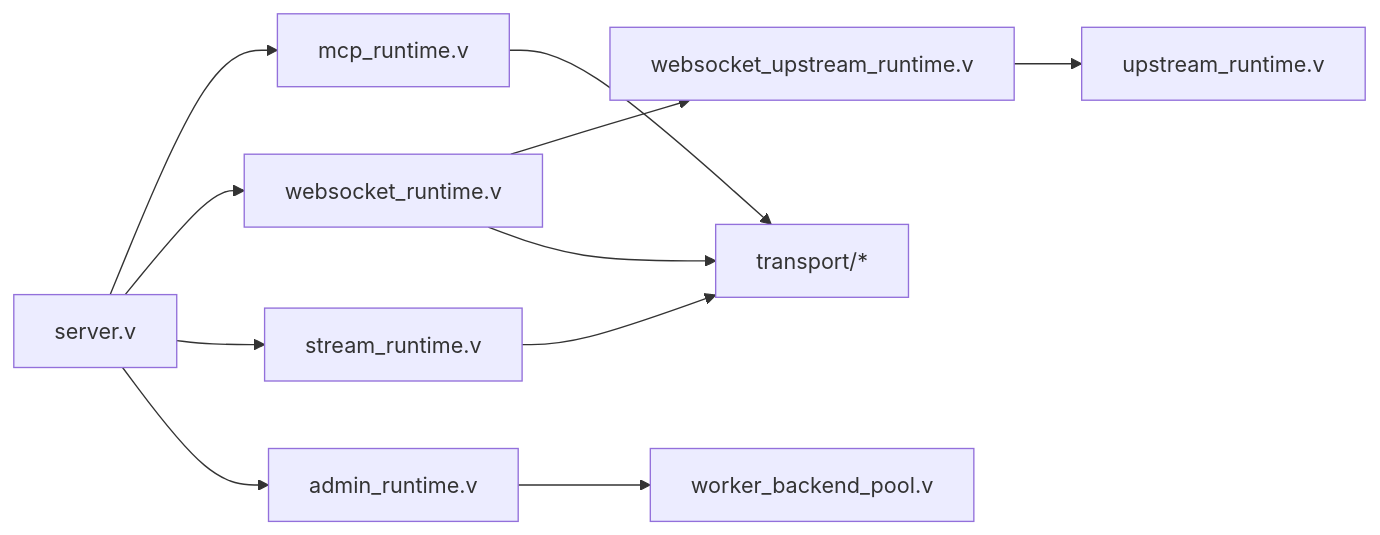
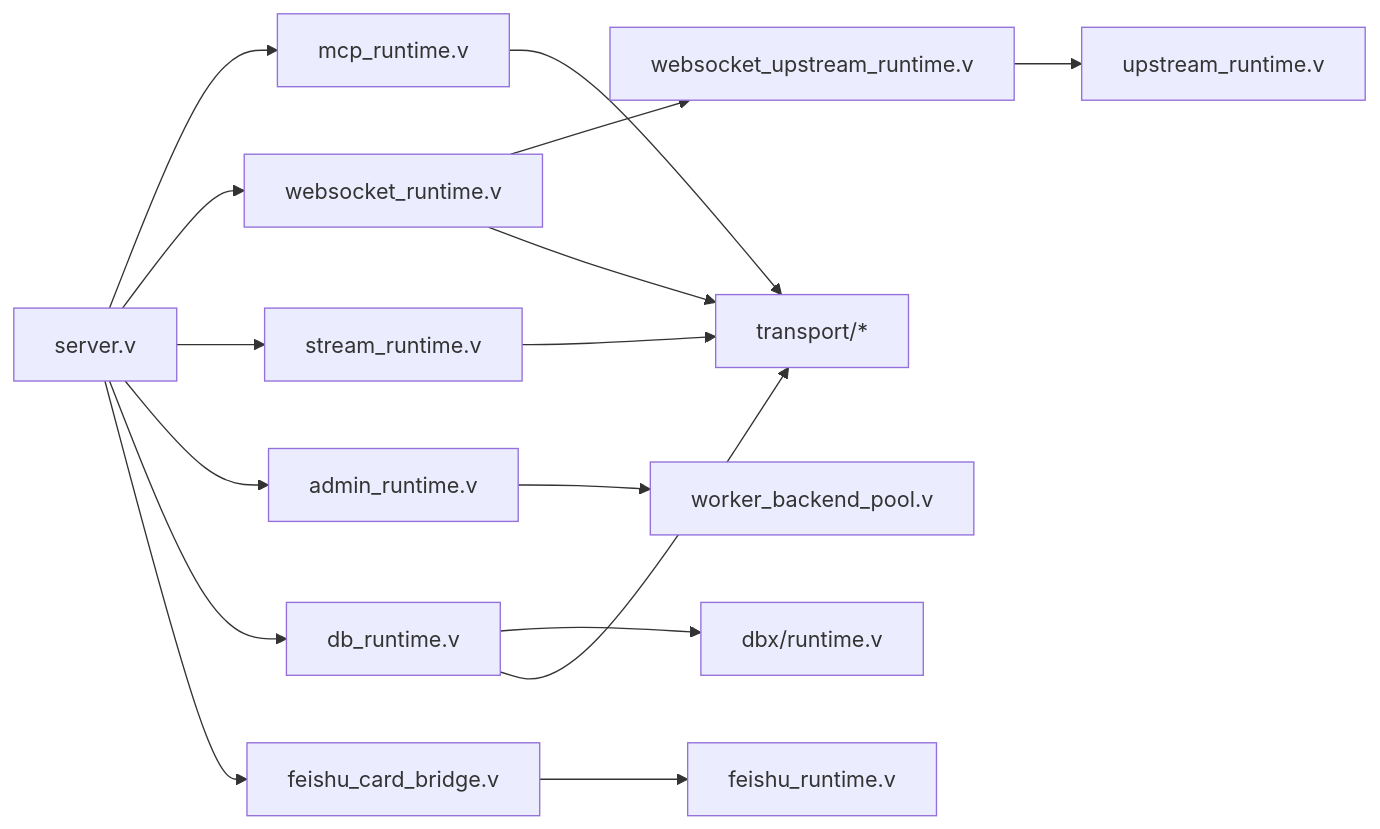
Before and after one commit to guweigang/vhttpd: the tenth of 10 diagrams in .qoder/repowiki/zh/content/运行时组件/运行时组件.md, drawn with Mermaid. The commit also changed other lines of this file and 54 other files, not shown here.

First line of the commit message:
refactor(feishu): extract API and bridge logic into separate modules

````diff
--- a/.qoder/repowiki/zh/content/运行时组件/运行时组件.md
+++ b/.qoder/repowiki/zh/content/运行时组件/运行时组件.md
@@ -432,13 +540,18 @@
 ```mermaid
 graph LR
 Server["server.v"] --> MCP["mcp_runtime.v"]
 Server --> WS["websocket_runtime.v"]
 Server --> STR["stream_runtime.v"]
 Server --> ADM["admin_runtime.v"]
+Server --> DBR["db_runtime.v"]
+Server --> FCB["feishu_card_bridge.v"]
 WS --> WU["websocket_upstream_runtime.v"]
 WU --> UP["upstream_runtime.v"]
 ADM --> WP["worker_backend_pool.v"]
+DBR --> DBX["dbx/runtime.v"]
 STR --> TP["transport/*"]
 MCP --> TP
 WS --> TP
+DBR --> TP
+FCB --> FEI["feishu_runtime.v"]
 ```
````
